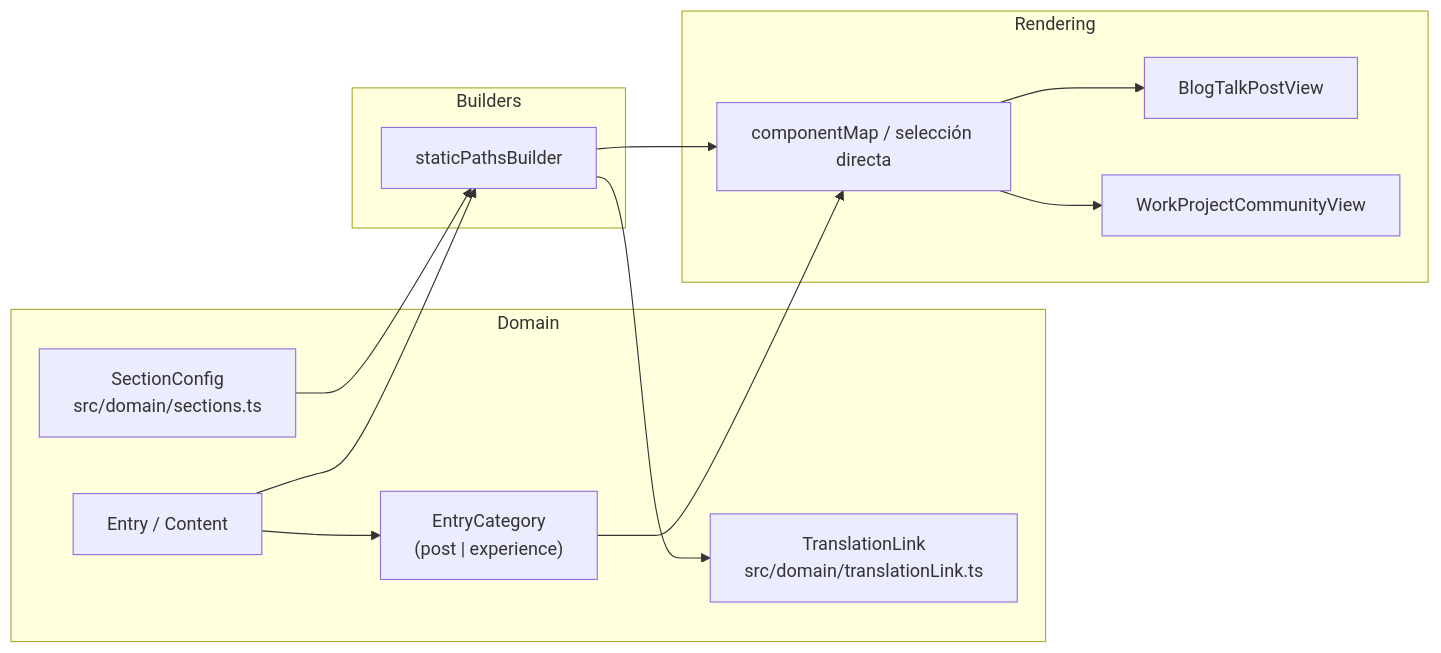
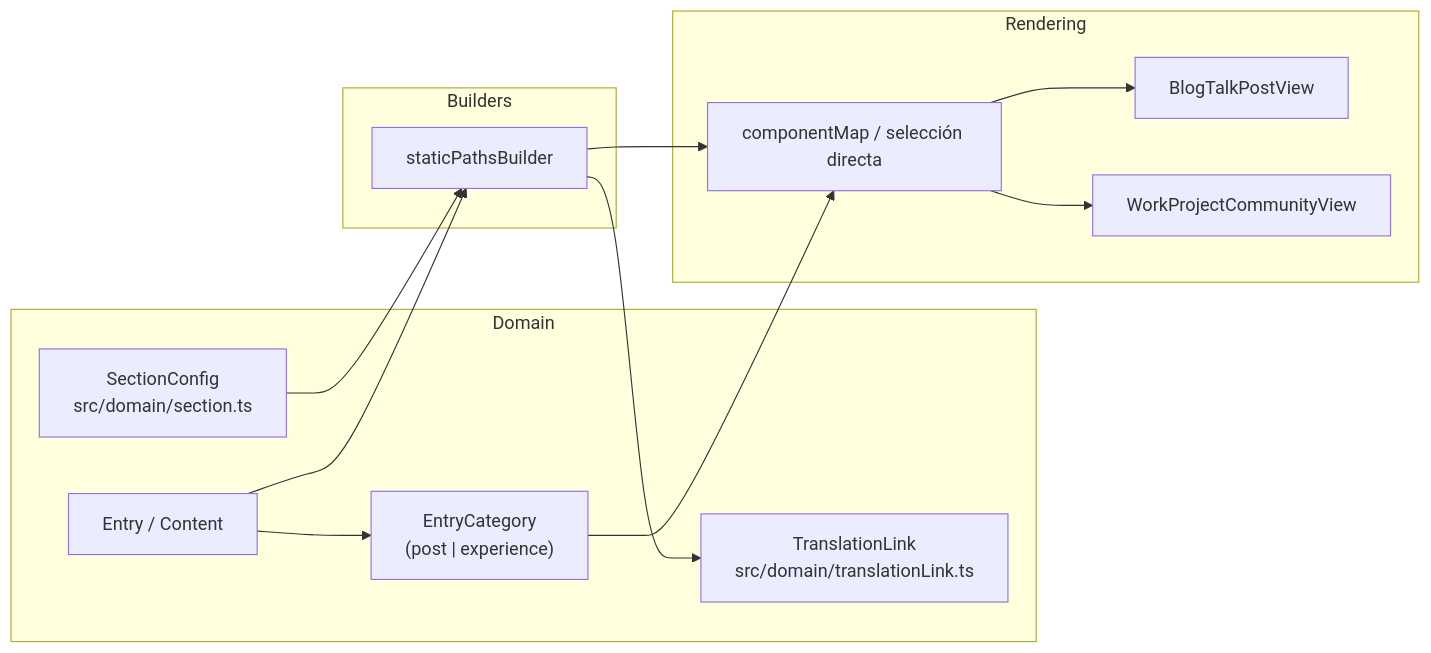
One commit to secorto/secorto_web changed the diagram in docs/diagrams/ARCHITECTURE_DIAGRAM.mermaid. Above: the diagram before and after it, drawn with Mermaid. The commit also changed 4 other files, not shown here.

Commit message:
fix domain/section referenced as domain/sections

```diff
--- a/docs/diagrams/ARCHITECTURE_DIAGRAM.mermaid
+++ b/docs/diagrams/ARCHITECTURE_DIAGRAM.mermaid
@@ -1,24 +1,24 @@
 flowchart LR
   subgraph Domain
-    SC["SectionConfig\nsrc/domain/sections.ts"]
+    SC["SectionConfig\nsrc/domain/section.ts"]
     TL["TranslationLink\nsrc/domain/translationLink.ts"]
     E["Entry / Content"]
     EC["EntryCategory\n(post | experience)"]
   end
   subgraph Builders
     SP[staticPathsBuilder]
   end
   subgraph Rendering
     CM[componentMap / selección directa]
     BV[BlogTalkPostView]
     WV[WorkProjectCommunityView]
   end
 
   E --> EC
   SC --> SP
   E --> SP
   SP --> TL
   SP --> CM
   EC --> CM
   CM --> BV
   CM --> WV
```
